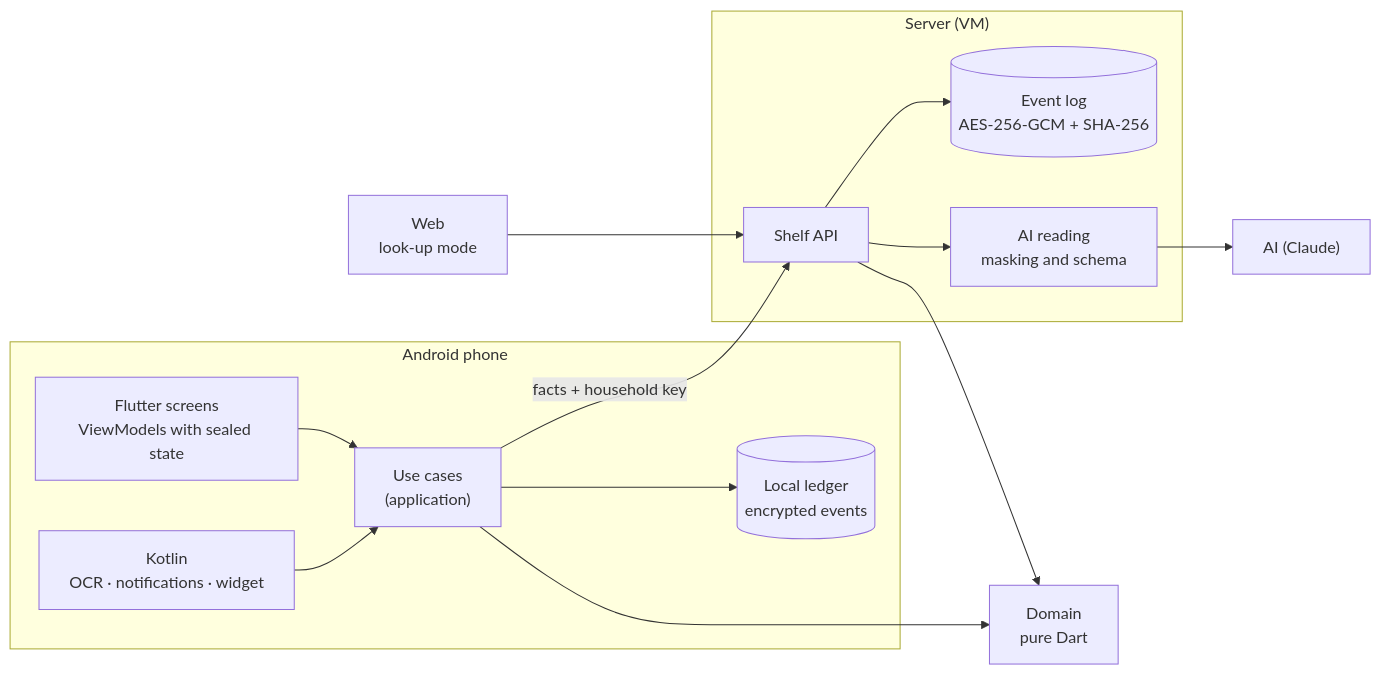
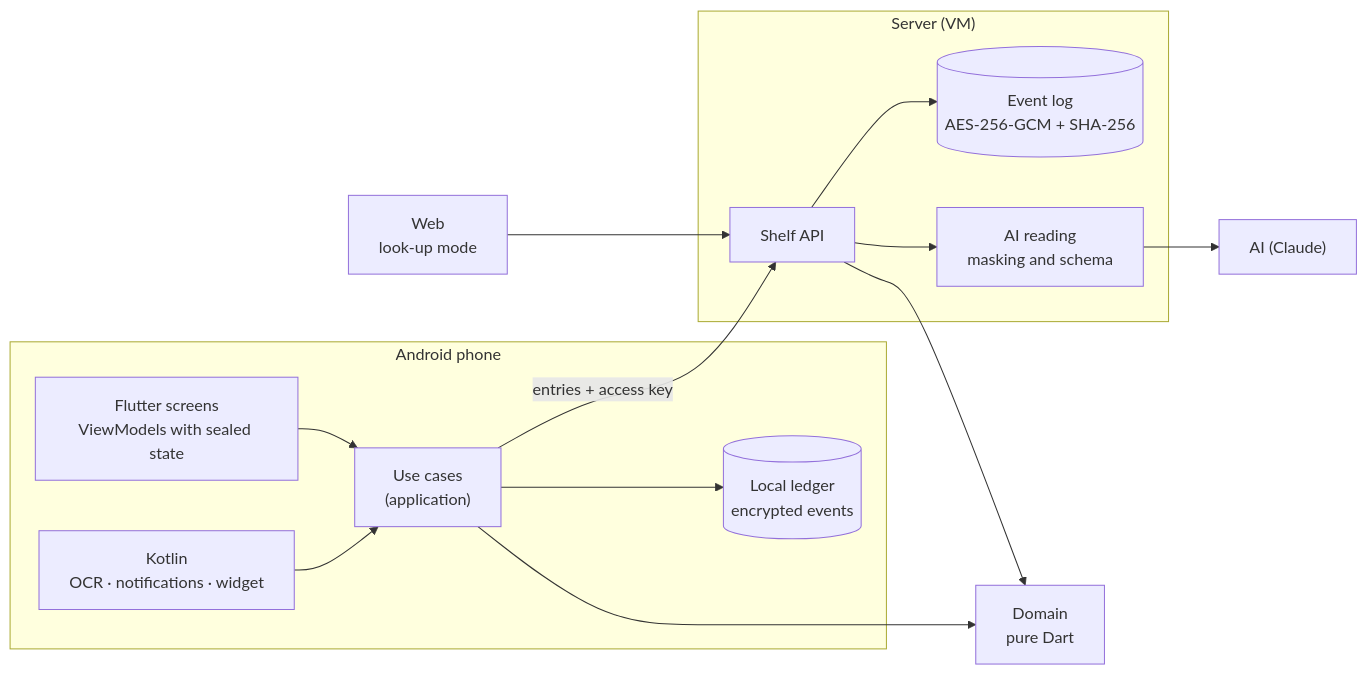
Before and after one commit to Marcos-Codfy/finance-cajui: the first of 2 diagrams in README.en.md, drawn with Mermaid. The commit also changed other lines of this file and 1 other file, not shown here.

````diff
--- a/README.en.md
+++ b/README.en.md
@@ -130,26 +147,26 @@
 ```mermaid
 flowchart LR
   subgraph PHONE["Android phone"]
     UI["Flutter screens<br/>ViewModels with sealed state"]
     APP["Use cases<br/>(application)"]
     NAT["Kotlin<br/>OCR · notifications · widget"]
     LOG[("Local ledger<br/>encrypted events")]
   end
   DOM["Domain<br/>pure Dart"]
   subgraph VM["Server (VM)"]
     API["Shelf API"]
     STORE[("Event log<br/>AES-256-GCM + SHA-256")]
     AI["AI reading<br/>masking and schema"]
   end
   WEB["Web<br/>look-up mode"]
   DS["AI (Claude)"]
 
   UI --> APP --> DOM
   NAT --> APP
   APP --> LOG
-  APP -- "facts + household key" --> API
+  APP -- "entries + access key" --> API
   WEB --> API
   API --> DOM
   API --> STORE
   API --> AI --> DS
 ```
````
